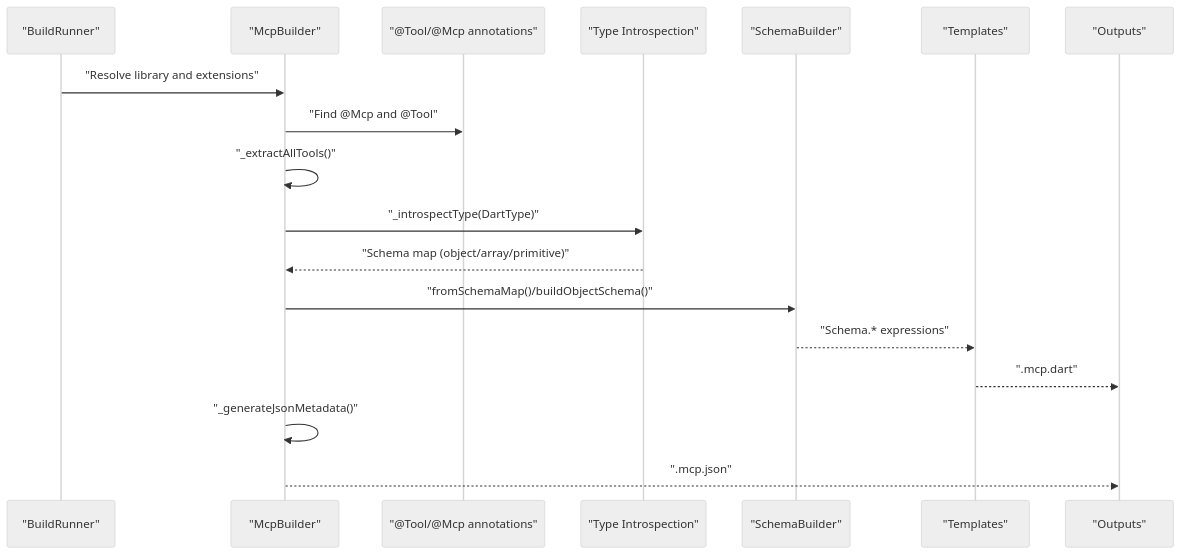
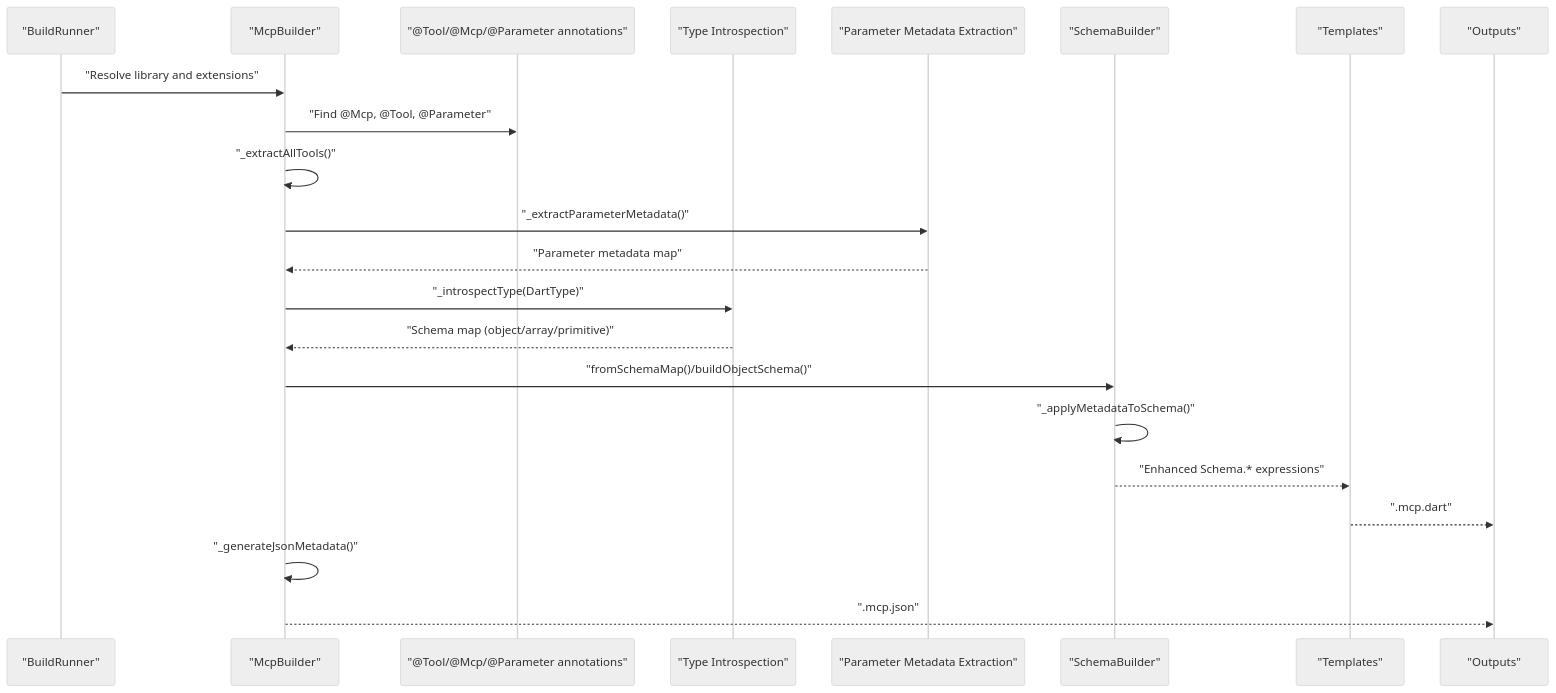
The second of 8 diagrams in .qoder/repowiki/en/content/Code Generation Engine/Schema Generation.md (cdavis-code/easy_mcp_workspace), drawn with Mermaid (neutral theme) before and after one commit. The commit also changed other lines of this file and 13 other files, not shown here.

````diff
--- a/.qoder/repowiki/en/content/Code Generation Engine/Schema Generation.md
+++ b/.qoder/repowiki/en/content/Code Generation Engine/Schema Generation.md
@@ -111,20 +121,24 @@
 ```mermaid
 sequenceDiagram
 participant BR as "BuildRunner"
 participant MB as "McpBuilder"
-participant AN as "@Tool/@Mcp annotations"
+participant AN as "@Tool/@Mcp/@Parameter annotations"
 participant INT as "Type Introspection"
+participant PM as "Parameter Metadata Extraction"
 participant SB as "SchemaBuilder"
 participant TM as "Templates"
 participant OUT as "Outputs"
 BR->>MB : "Resolve library and extensions"
-MB->>AN : "Find @Mcp and @Tool"
+MB->>AN : "Find @Mcp, @Tool, @Parameter"
 MB->>MB : "_extractAllTools()"
+MB->>PM : "_extractParameterMetadata()"
+PM-->>MB : "Parameter metadata map"
 MB->>INT : "_introspectType(DartType)"
 INT-->>MB : "Schema map (object/array/primitive)"
 MB->>SB : "fromSchemaMap()/buildObjectSchema()"
-SB-->>TM : "Schema.* expressions"
+SB->>SB : "_applyMetadataToSchema()"
+SB-->>TM : "Enhanced Schema.* expressions"
 TM-->>OUT : ".mcp.dart"
 MB->>MB : "_generateJsonMetadata()"
 MB-->>OUT : ".mcp.json"
 ```
````
